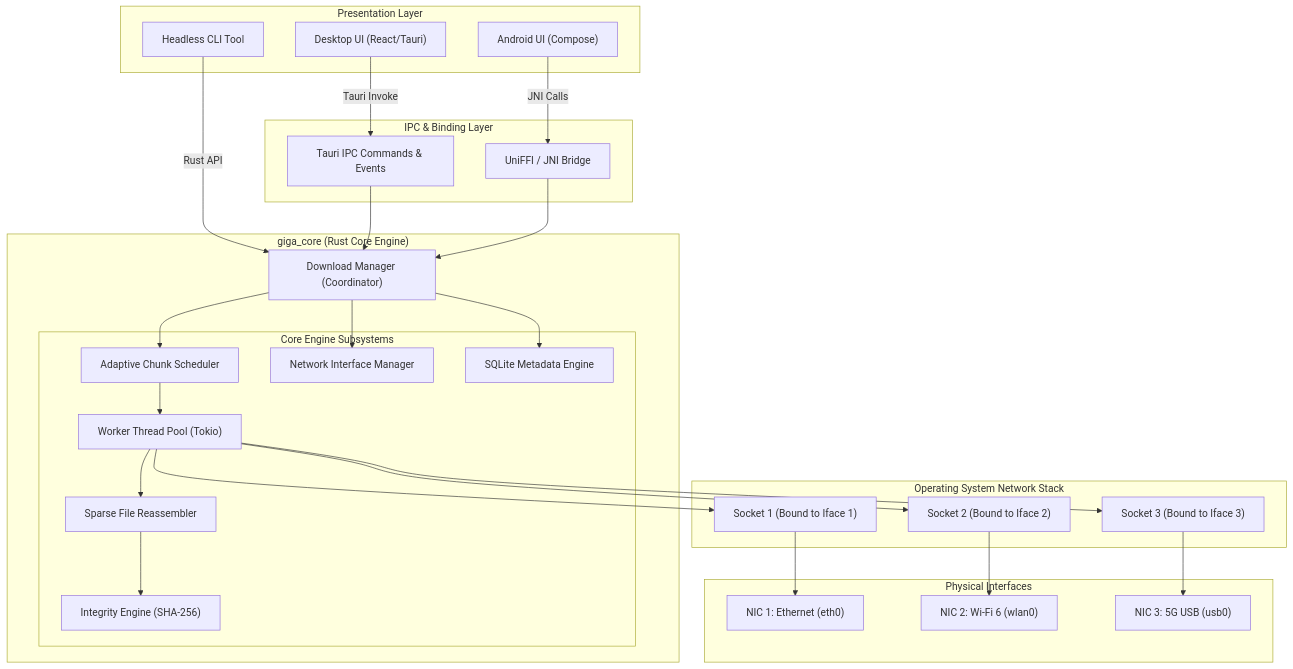
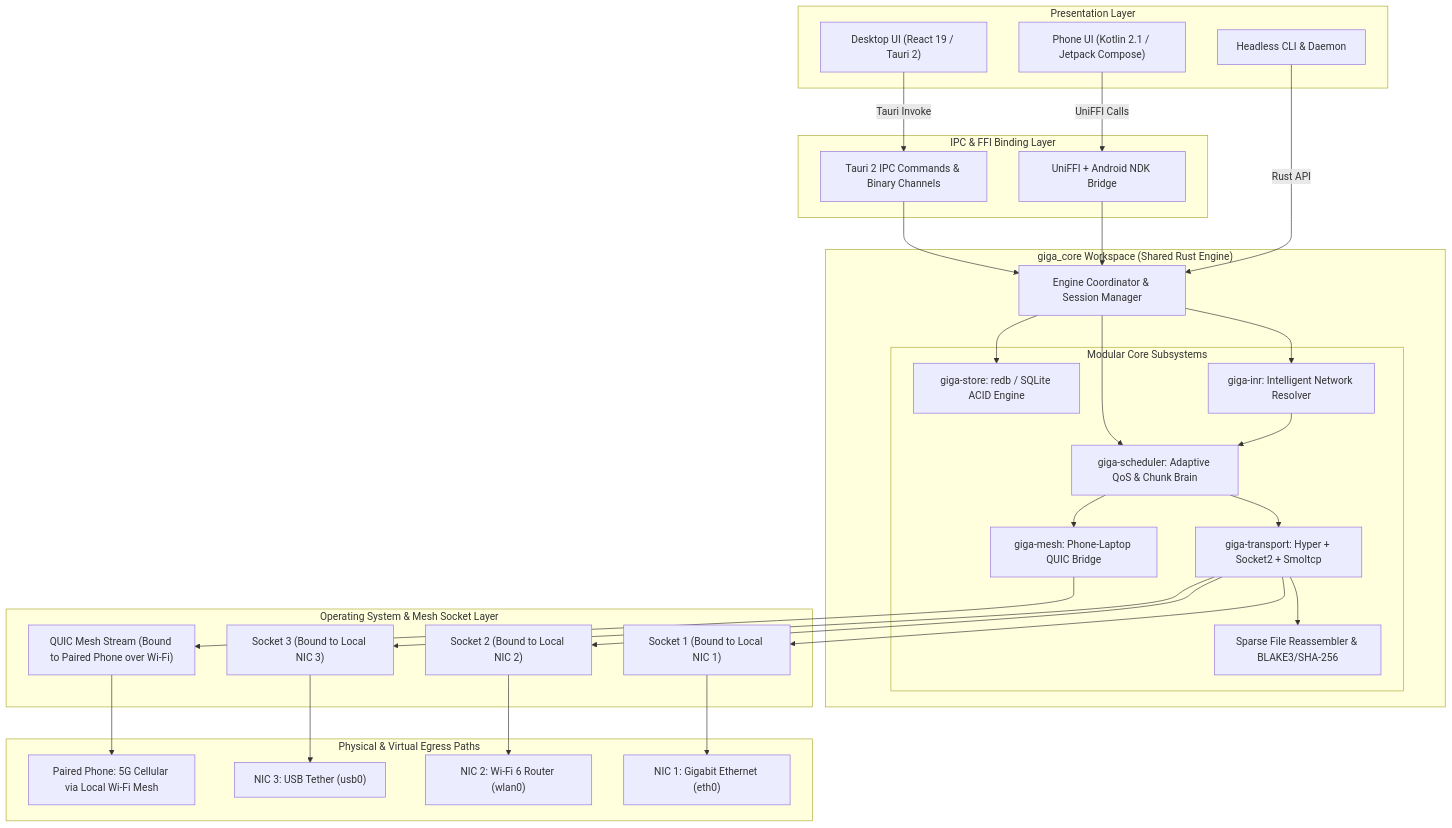
Before and after one commit to cubicreates/WifiGigaChad420: the second of 14 diagrams in Docs/WiFi_GigaChad_420_Plan.md, drawn with Mermaid. The commit also changed other lines of this file and 4 other files, not shown here.

````diff
--- a/Docs/WiFi_GigaChad_420_Plan.md
+++ b/Docs/WiFi_GigaChad_420_Plan.md
@@ -210,58 +250,63 @@
 ```mermaid
-graph TD
+flowchart TD
     subgraph UI_Layer ["Presentation Layer"]
-        D_UI["Desktop UI (React/Tauri)"]
-        A_UI["Android UI (Compose)"]
-        CLI["Headless CLI Tool"]
+        D_UI["Desktop UI (React 19 / Tauri 2)"]
+        A_UI["Phone UI (Kotlin 2.1 / Jetpack Compose)"]
+        CLI["Headless CLI & Daemon"]
     end
 
-    subgraph IPC_Bridge ["IPC & Binding Layer"]
-        T_IPC["Tauri IPC Commands & Events"]
-        JNI_B["UniFFI / JNI Bridge"]
+    subgraph IPC_Bridge ["IPC & FFI Binding Layer"]
+        T_IPC["Tauri 2 IPC Commands & Binary Channels"]
+        JNI_B["UniFFI + Android NDK Bridge"]
     end
 
-    subgraph Core_Engine ["giga_core (Rust Core Engine)"]
-        DM["Download Manager (Coordinator)"]
+    subgraph Core_Engine ["giga_core Workspace (Shared Rust Engine)"]
+        DM["Engine Coordinator & Session Manager"]
         
-        subgraph Subsystems ["Core Engine Subsystems"]
-            SCHED["Adaptive Chunk Scheduler"]
-            IF_MGR["Network Interface Manager"]
-            WORK_POOL["Worker Thread Pool (Tokio)"]
-            REASM["Sparse File Reassembler"]
-            DB_ENGINE["SQLite Metadata Engine"]
-            INTEG["Integrity Engine (SHA-256)"]
+        subgraph Subsystems ["Modular Core Subsystems"]
+            INR["giga-inr: Intelligent Network Resolver"]
+            SCHED["giga-scheduler: Adaptive QoS & Chunk Brain"]
+            TRANS["giga-transport: Hyper + Socket2 + Smoltcp"]
+            MESH["giga-mesh: Phone-Laptop QUIC Bridge"]
+            REASM["Sparse File Reassembler & BLAKE3/SHA-256"]
+            DB_ENGINE["giga-store: redb / SQLite ACID Engine"]
         end
     end
 
-    subgraph OS_Network ["Operating System Network Stack"]
-        SOCK_1["Socket 1 (Bound to Iface 1)"]
-        SOCK_2["Socket 2 (Bound to Iface 2)"]
-        SOCK_3["Socket 3 (Bound to Iface 3)"]
+    subgraph OS_Network ["Operating System & Mesh Socket Layer"]
+        SOCK_1["Socket 1 (Bound to Local NIC 1)"]
+        SOCK_2["Socket 2 (Bound to Local NIC 2)"]
+        SOCK_3["Socket 3 (Bound to Local NIC 3)"]
+        SOCK_MESH["QUIC Mesh Stream (Bound to Paired Phone over Wi-Fi)"]
     end
 
-    subgraph Physical_Adapters ["Physical Interfaces"]
-        NIC_1["NIC 1: Ethernet (eth0)"]
-        NIC_2["NIC 2: Wi-Fi 6 (wlan0)"]
-        NIC_3["NIC 3: 5G USB (usb0)"]
+    subgraph Physical_Adapters ["Physical & Virtual Egress Paths"]
+        NIC_1["NIC 1: Gigabit Ethernet (eth0)"]
+        NIC_2["NIC 2: Wi-Fi 6 Router (wlan0)"]
+        NIC_3["NIC 3: USB Tether (usb0)"]
+        PEER_5G["Paired Phone: 5G Cellular via Local Wi-Fi Mesh"]
     end
 
-    D_UI -->|Tauri Invoke| T_IPC
-    A_UI -->|JNI Calls| JNI_B
-    CLI -->|Rust API| DM
+    D_UI -->|"Tauri Invoke"| T_IPC
+    A_UI -->|"UniFFI Calls"| JNI_B
+    CLI -->|"Rust API"| DM
     T_IPC --> DM
     JNI_B --> DM
 
+    DM --> INR
     DM --> SCHED
-    DM --> IF_MGR
     DM --> DB_ENGINE
-    SCHED --> WORK_POOL
-    WORK_POOL --> REASM
-    WORK_POOL --> SOCK_1
-    WORK_POOL --> SOCK_2
-    WORK_POOL --> SOCK_3
-    REASM --> INTEG
+    INR --> SCHED
+    SCHED --> TRANS
+    SCHED --> MESH
+    TRANS --> REASM
+    TRANS --> SOCK_1
+    TRANS --> SOCK_2
+    TRANS --> SOCK_3
+    MESH --> SOCK_MESH
 
     SOCK_1 --> NIC_1
     SOCK_2 --> NIC_2
     SOCK_3 --> NIC_3
+    SOCK_MESH --> PEER_5G
 ```
````
